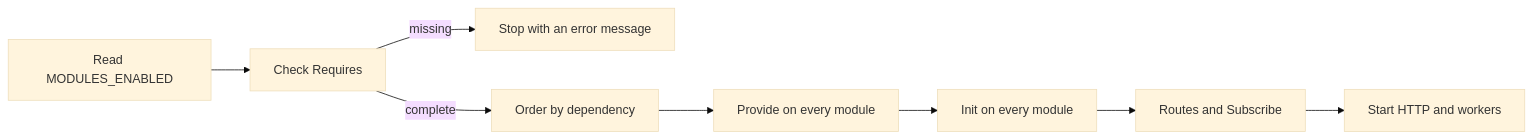
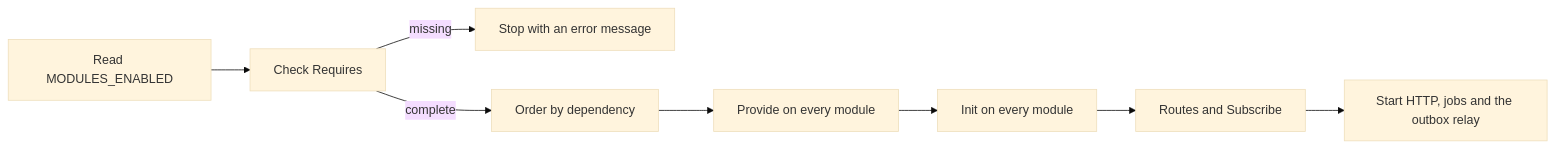
One commit to KPV2004/samnak-chat changed the third of 4 diagrams in docs/architecture.md. Above: the diagram before and after it, drawn with Mermaid (base theme). The commit also changed other lines of this file and 5 other files, not shown here.

First line of the commit message:
docs(release): v0.1.0 README, changelog and architecture (M6-11)

````diff
--- a/docs/architecture.md
+++ b/docs/architecture.md
@@ -142,10 +161,10 @@
 ```mermaid
 flowchart LR
     A[Read MODULES_ENABLED] --> B[Check Requires]
     B -->|missing| X[Stop with an error message]
     B -->|complete| C[Order by dependency]
     C --> D[Provide on every module]
     D --> E[Init on every module]
     E --> F[Routes and Subscribe]
-    F --> G[Start HTTP and workers]
+    F --> G[Start HTTP, jobs and the outbox relay]
 ```
````
